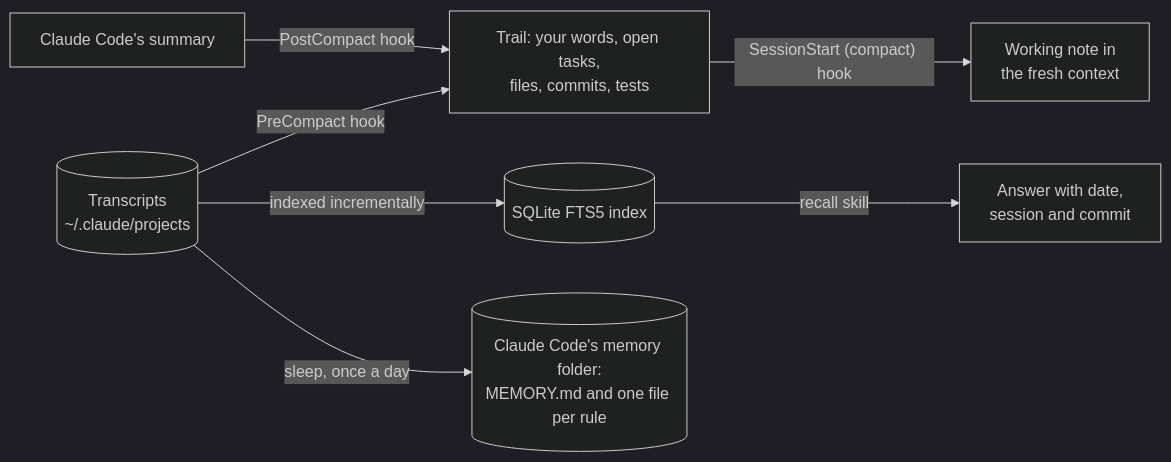
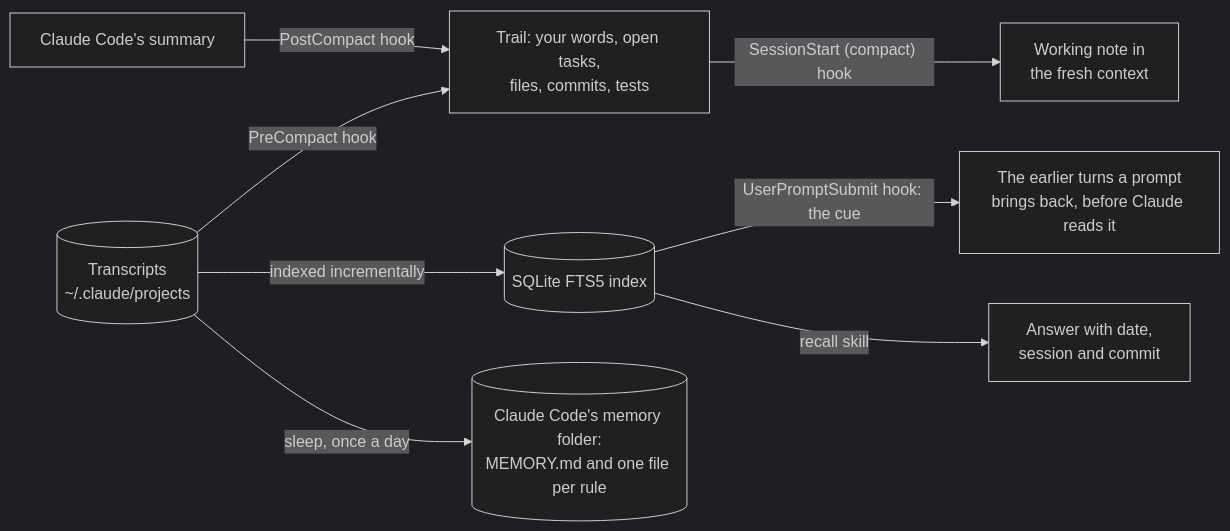
Before and after one commit to cihanatak/lr-memory: the diagram in README.md, drawn with Mermaid (dark theme). The commit also changed other lines of this file and 1 other file, not shown here.

Commit message:
README: the cue, and what the cross-session bench measured

````diff
--- a/README.md
+++ b/README.md
@@ -59,9 +61,10 @@
 ```mermaid
 flowchart LR
   T[("Transcripts<br/>~/.claude/projects")] -->|PreCompact hook| R["Trail: your words, open tasks,<br/>files, commits, tests"]
   S["Claude Code's summary"] -->|PostCompact hook| R
   R -->|"SessionStart (compact) hook"| N["Working note in<br/>the fresh context"]
   T -->|"indexed incrementally"| I[("SQLite FTS5 index")]
+  I -->|"UserPromptSubmit hook: the cue"| C["The earlier turns a prompt<br/>brings back, before Claude reads it"]
   I -->|"recall skill"| A["Answer with date,<br/>session and commit"]
   T -->|"sleep, once a day"| M[("Claude Code's memory folder:<br/>MEMORY.md and one file per rule")]
 ```
````
